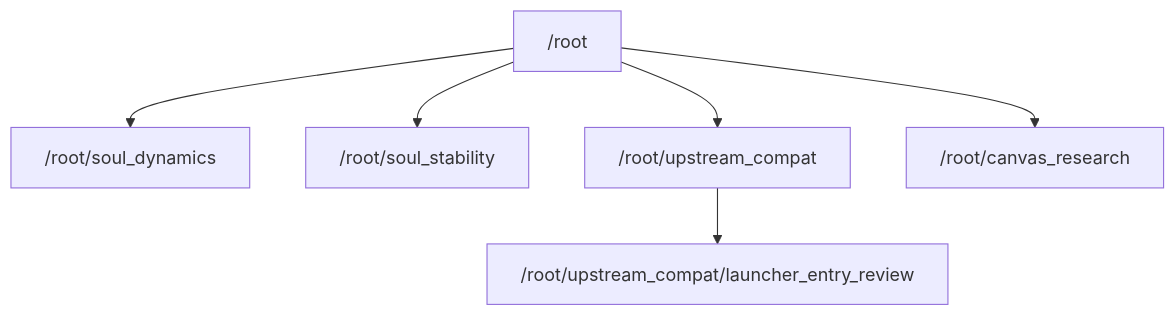
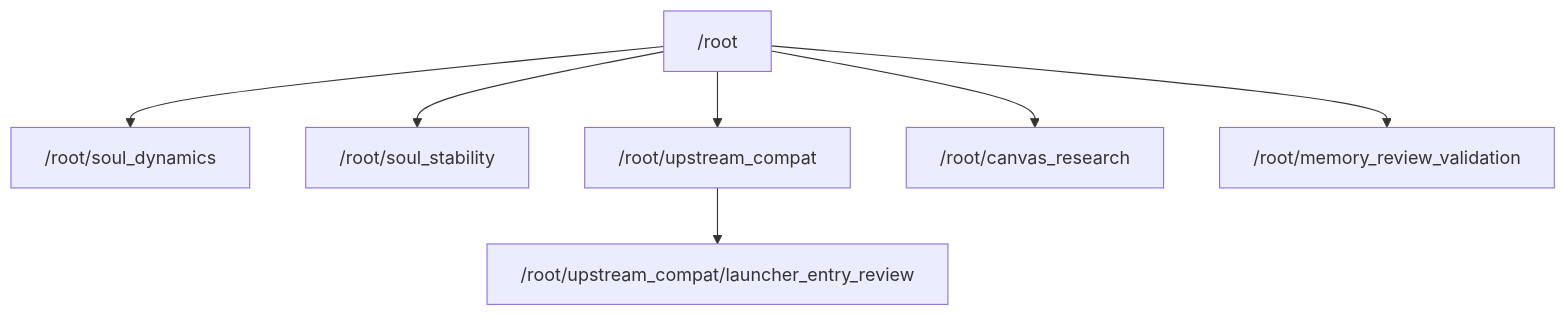
One commit to LUTAO581314/xingyao-shuanji changed the diagram in conversations/2026-09-17/01a0aede-90f2-7a73-baf2-0408fa980f18/README.md. Above: the diagram before and after it, drawn with Mermaid. The commit also changed other lines of this file and 17 other files, not shown here.

Commit message:
archive: include reviewed memory implementation and agent validation

````diff
--- a/conversations/2026-09-17/01a0aede-90f2-7a73-baf2-0408fa980f18/README.md
+++ b/conversations/2026-09-17/01a0aede-90f2-7a73-baf2-0408fa980f18/README.md
@@ -28,14 +29,16 @@
 ```mermaid
 flowchart TD
   n0["/root"]
   n1["/root/soul_dynamics"]
   n2["/root/soul_stability"]
   n3["/root/upstream_compat"]
   n4["/root/upstream_compat/launcher_entry_review"]
   n5["/root/canvas_research"]
+  n6["/root/memory_review_validation"]
   n0 --> n1
   n0 --> n2
   n0 --> n3
   n3 --> n4
   n0 --> n5
+  n0 --> n6
 ```
````
